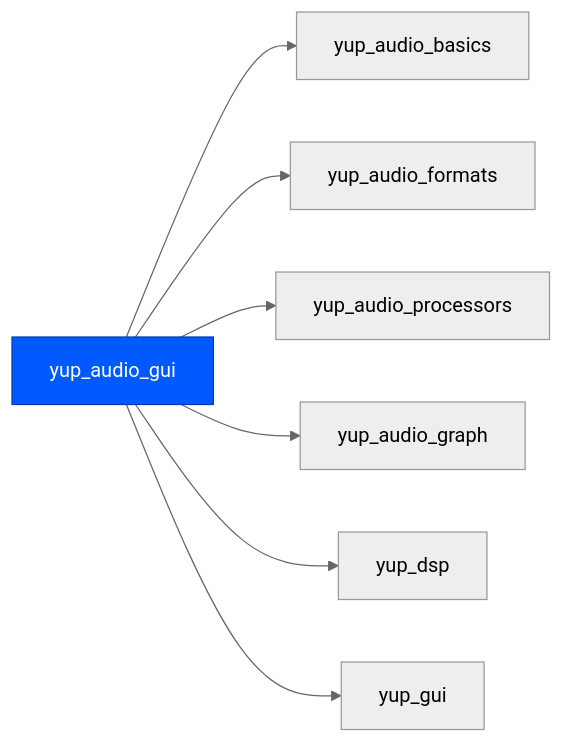
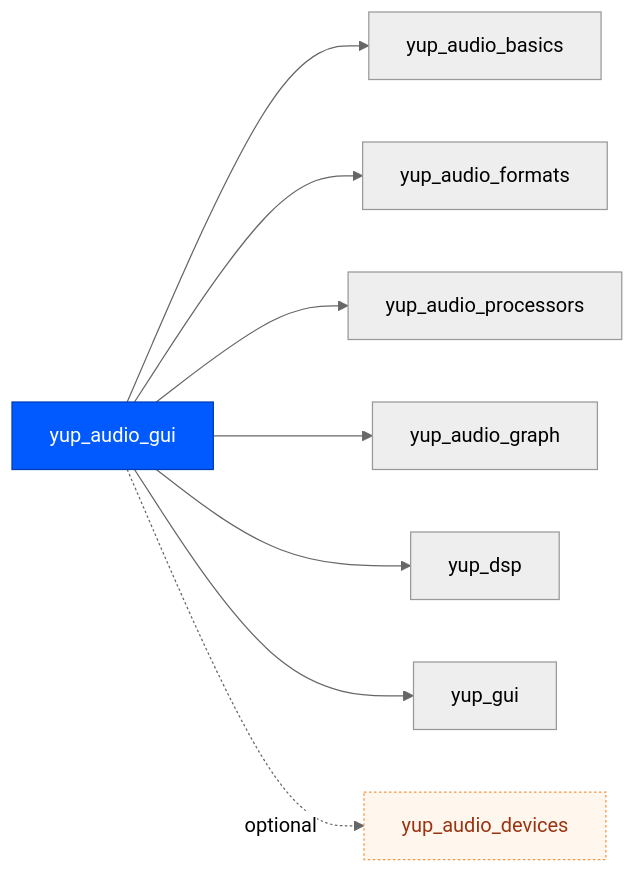
One commit to kunitoki/yup changed diagram 13 of 26 in docs/modules.md. Above: the diagram before and after it, drawn with Mermaid (neutral theme). The commit also changed other lines of this file and 50 other files, not shown here.

````diff
--- a/docs/modules.md
+++ b/docs/modules.md
@@ -270,11 +274,13 @@
 ```mermaid
 flowchart LR
     yup_audio_gui:::self --> yup_audio_basics
     yup_audio_gui --> yup_audio_formats
     yup_audio_gui --> yup_audio_processors
     yup_audio_gui --> yup_audio_graph
     yup_audio_gui --> yup_dsp
     yup_audio_gui --> yup_gui
+    yup_audio_gui -. optional .-> yup_audio_devices:::opt
     classDef self fill:#005aff,color:#fff,stroke:#003db3;
     classDef ext fill:#f3f4f6,color:#374151,stroke:#9ca3af,stroke-dasharray:4 3;
+    classDef opt fill:#fff7ed,color:#9a3412,stroke:#fb923c,stroke-dasharray:2 2;
 ```
````
